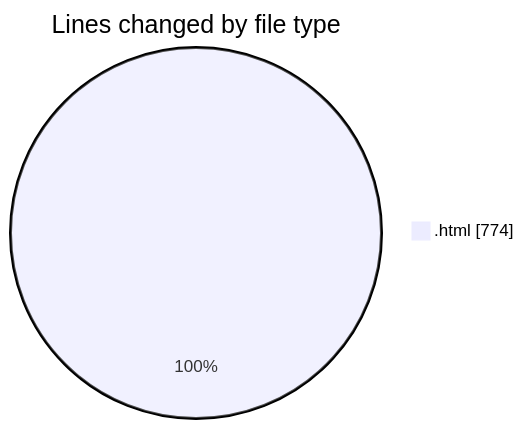
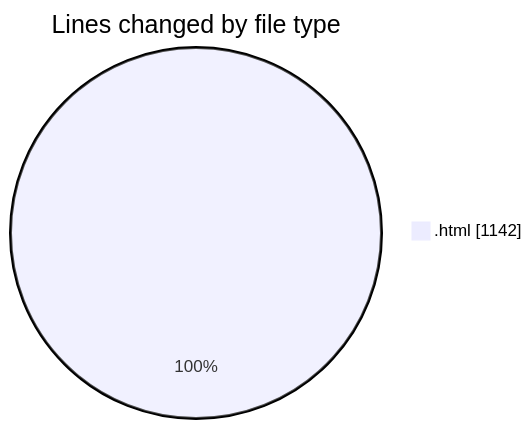
The first of 2 diagrams in 2025-05-24/projects/README.md (Ritupan-Deka/code-tracking), drawn with Mermaid before and after one commit. The commit also changed other lines of this file and 1 other file, not shown here.

````diff
--- a/2025-05-24/projects/README.md
+++ b/2025-05-24/projects/README.md
@@ -20,5 +20,5 @@
 ```mermaid
 pie showData
 title Lines changed by file type
-".html" : 774
+".html" : 1142
 ```
````
